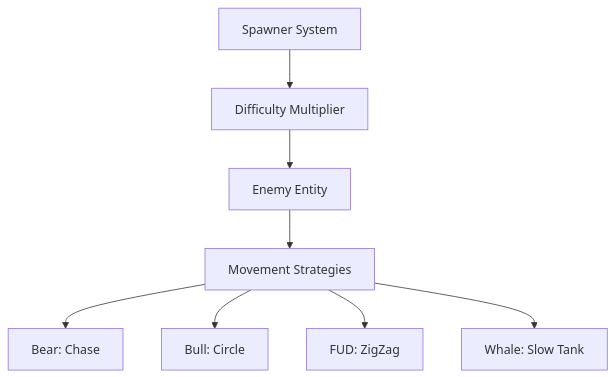
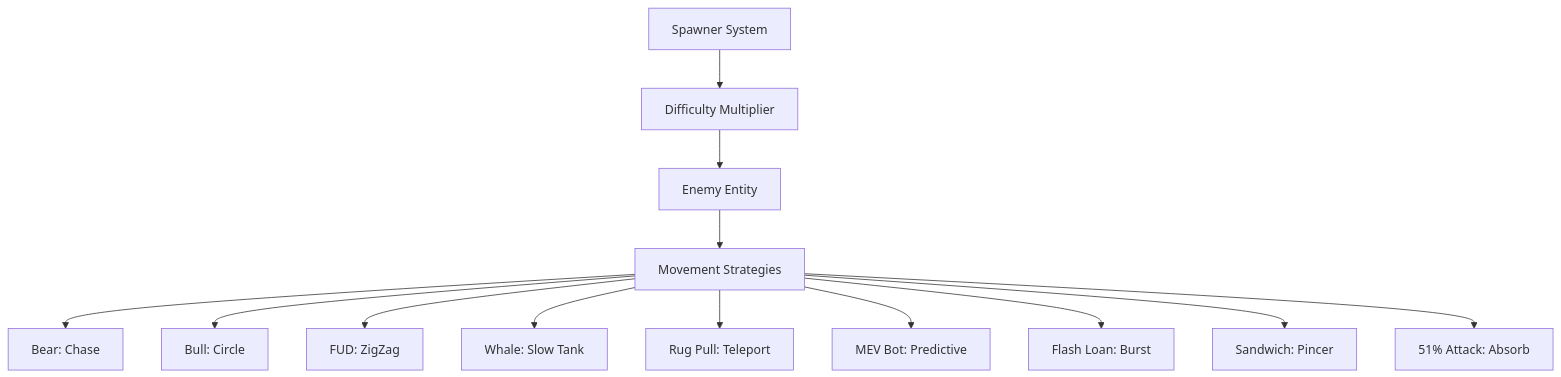
Before and after one commit to blntunlan/crypto-cyber-survivors: the diagram in public/docs/completed/ENEMY_SYSTEM.md, drawn with Mermaid. The commit also changed other lines of this file and 194 other files, not shown here.

````diff
--- a/public/docs/completed/ENEMY_SYSTEM.md
+++ b/public/docs/completed/ENEMY_SYSTEM.md
@@ -14,10 +14,15 @@
 ```mermaid
 graph TD
     Spawn[Spawner System] --> Diff[Difficulty Multiplier]
     Diff --> Enemy[Enemy Entity]
     Enemy --> AI[Movement Strategies]
     AI --> Chase[Bear: Chase]
     AI --> Orbit[Bull: Circle]
     AI --> Wave[FUD: ZigZag]
     AI --> Boss[Whale: Slow Tank]
+    AI --> Teleport[Rug Pull: Teleport]
+    AI --> Predict[MEV Bot: Predictive]
+    AI --> Burst[Flash Loan: Burst]
+    AI --> Pincer[Sandwich: Pincer]
+    AI --> Absorb[51% Attack: Absorb]
 ```
````
